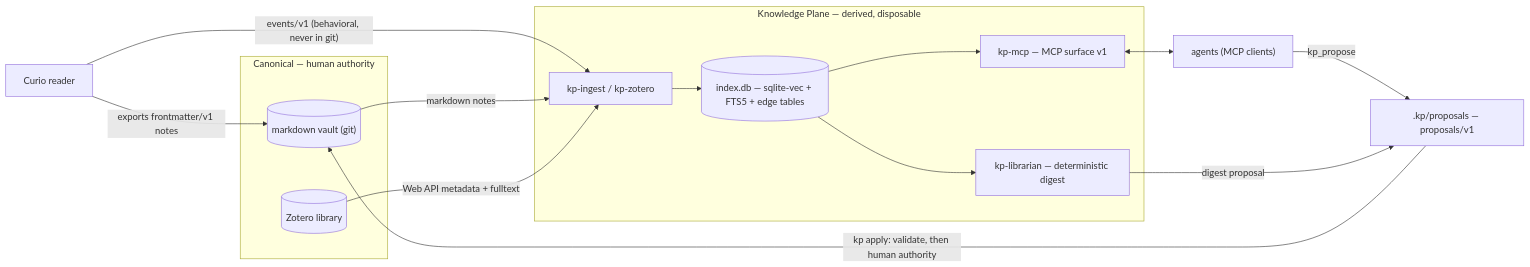
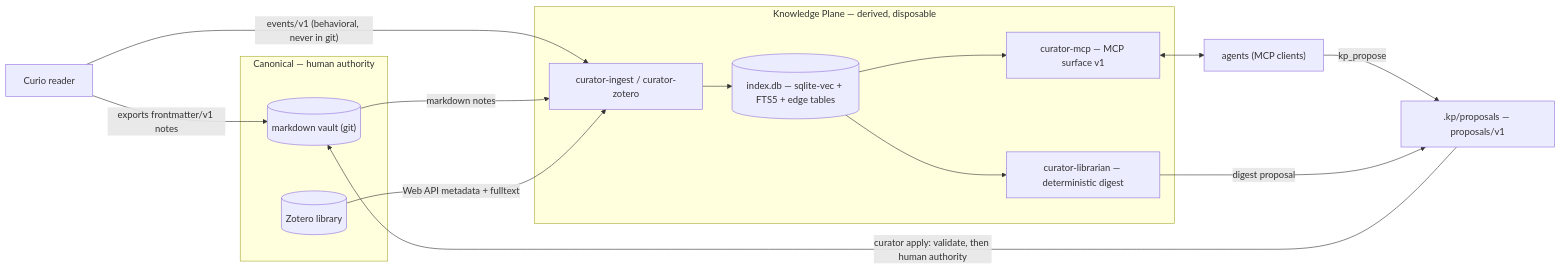
One commit to alexnodeland/curator changed the diagram in docs/design/architecture.md. Above: the diagram before and after it, drawn with Mermaid. The commit also changed other lines of this file and 147 other files, not shown here.

````diff
--- a/docs/design/architecture.md
+++ b/docs/design/architecture.md
@@ -92,25 +92,25 @@
 ```mermaid
 flowchart LR
   curio["Curio reader"]
   subgraph can["Canonical — human authority"]
     vault[("markdown vault (git)")]
     zot[("Zotero library")]
   end
   subgraph kp["Knowledge Plane — derived, disposable"]
-    ing["kp-ingest / kp-zotero"]
+    ing["curator-ingest / curator-zotero"]
     idx[("index.db — sqlite-vec + FTS5 + edge tables")]
-    mcp["kp-mcp — MCP surface v1"]
-    lib["kp-librarian — deterministic digest"]
+    mcp["curator-mcp — MCP surface v1"]
+    lib["curator-librarian — deterministic digest"]
   end
   curio -- "exports frontmatter/v1 notes" --> vault
   curio -- "events/v1 (behavioral, never in git)" --> ing
   vault -- "markdown notes" --> ing
   zot -- "Web API metadata + fulltext" --> ing
   ing --> idx
   idx --> mcp
   idx --> lib
   mcp <--> agents["agents (MCP clients)"]
   agents -- "kp_propose" --> prop[".kp/proposals — proposals/v1"]
   lib -- "digest proposal" --> prop
-  prop -- "kp apply: validate, then human authority" --> vault
+  prop -- "curator apply: validate, then human authority" --> vault
 ```
````
